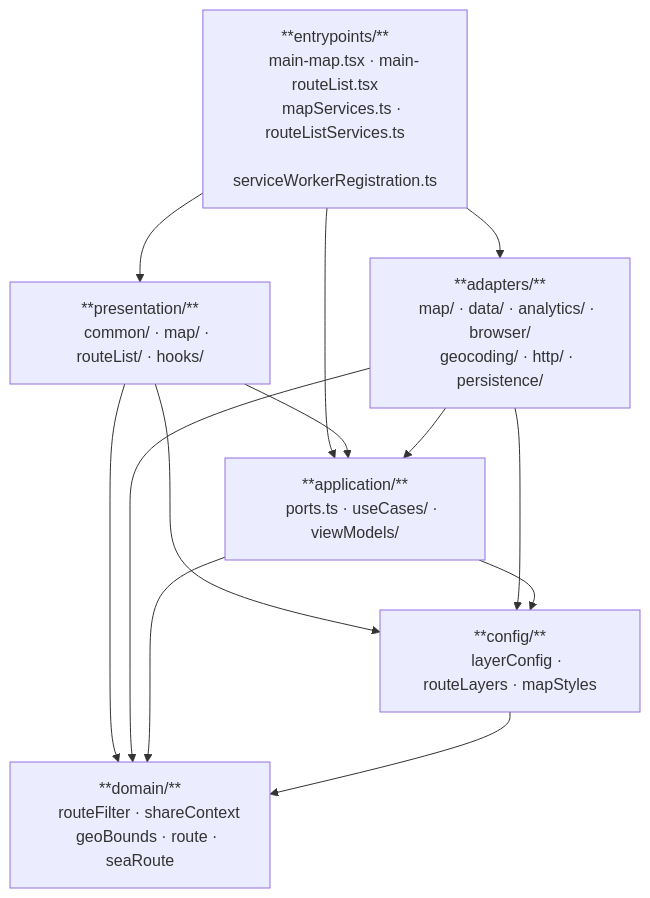
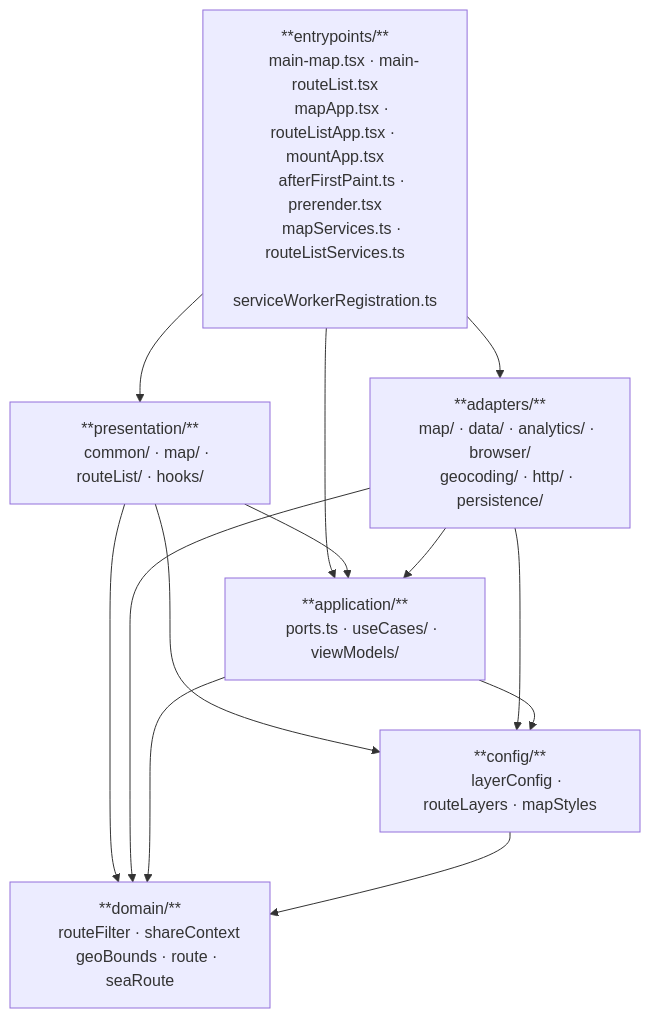
Before and after one commit to yykuso/searoute: the diagram in docs/searoute-spec.md, drawn with Mermaid. The commit also changed other lines of this file and 7 other files, not shown here.

````diff
--- a/docs/searoute-spec.md
+++ b/docs/searoute-spec.md
@@ -149,30 +154,32 @@
 ```mermaid
 flowchart TD
     E["**entrypoints/**
     main-map.tsx · main-routeList.tsx
+    mapApp.tsx · routeListApp.tsx · mountApp.tsx
+    afterFirstPaint.ts · prerender.tsx
     mapServices.ts · routeListServices.ts
     serviceWorkerRegistration.ts"]
 
     P["**presentation/**
     common/ · map/ · routeList/ · hooks/"]
 
     AD["**adapters/**
     map/ · data/ · analytics/ · browser/
     geocoding/ · http/ · persistence/"]
 
     A["**application/**
     ports.ts · useCases/ · viewModels/"]
 
     D["**domain/**
     routeFilter · shareContext
     geoBounds · route · seaRoute"]
 
     C["**config/**
     layerConfig · routeLayers · mapStyles"]
 
     E --> P & AD & A
     P --> A & D & C
     AD --> A & D & C
     A --> D & C
     C --> D
 ```
````
